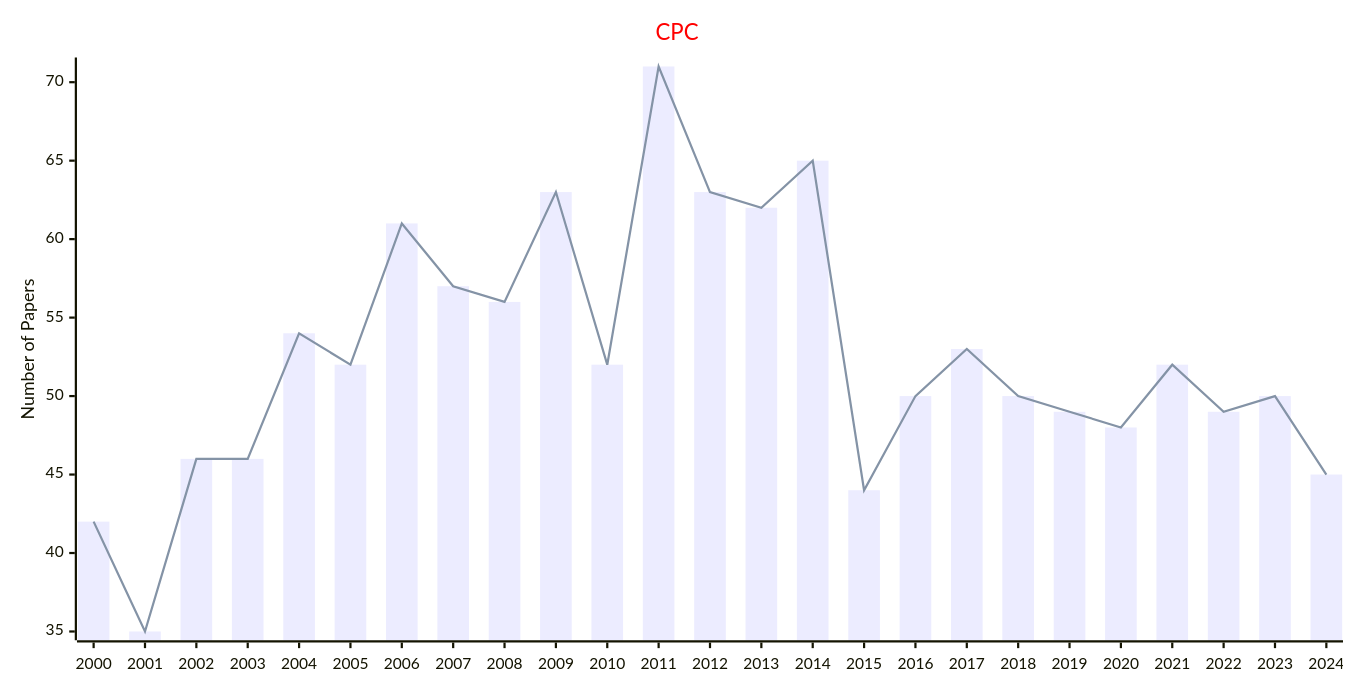
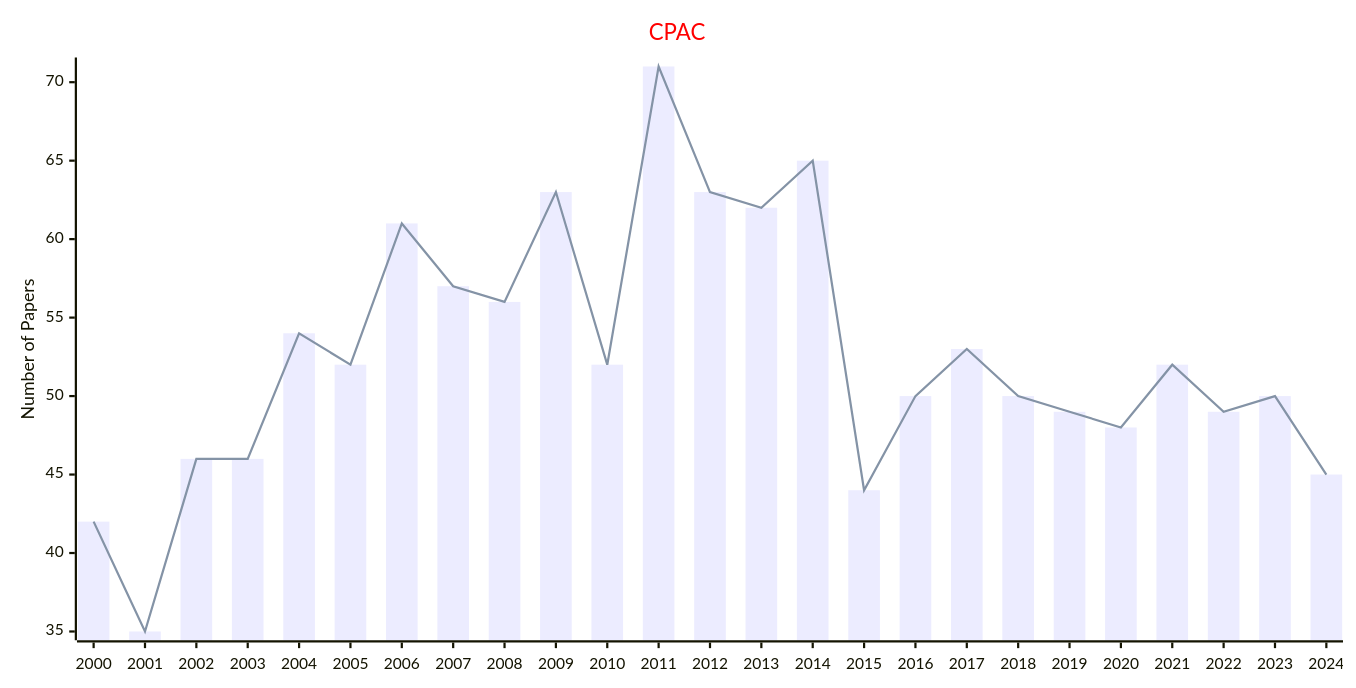
One commit to Easy-PhD/AILinks changed the second of 33 diagrams in docs/data/Journals/Statistics_Journals/Probability_and_Statistics.md. Above: the diagram before and after it, drawn with Mermaid. The commit also changed other lines of this file and 8 other files, not shown here.

````diff
--- a/docs/data/Journals/Statistics_Journals/Probability_and_Statistics.md
+++ b/docs/data/Journals/Statistics_Journals/Probability_and_Statistics.md
@@ -33,17 +33,17 @@
 ```mermaid
 ---
 config:
     xyChart:
         width: 1200
         height: 600
     themeVariables:
         xyChart:
             titleColor: "#ff0000"
 ---
 xychart-beta
-    title "CPC"
+    title "CPAC"
     x-axis [2000, 2001, 2002, 2003, 2004, 2005, 2006, 2007, 2008, 2009, 2010, 2011, 2012, 2013, 2014, 2015, 2016, 2017, 2018, 2019, 2020, 2021, 2022, 2023, 2024]
     y-axis "Number of Papers"
     bar [42, 35, 46, 46, 54, 52, 61, 57, 56, 63, 52, 71, 63, 62, 65, 44, 50, 53, 50, 49, 48, 52, 49, 50, 45]
     line [42, 35, 46, 46, 54, 52, 61, 57, 56, 63, 52, 71, 63, 62, 65, 44, 50, 53, 50, 49, 48, 52, 49, 50, 45]
 ```
````
